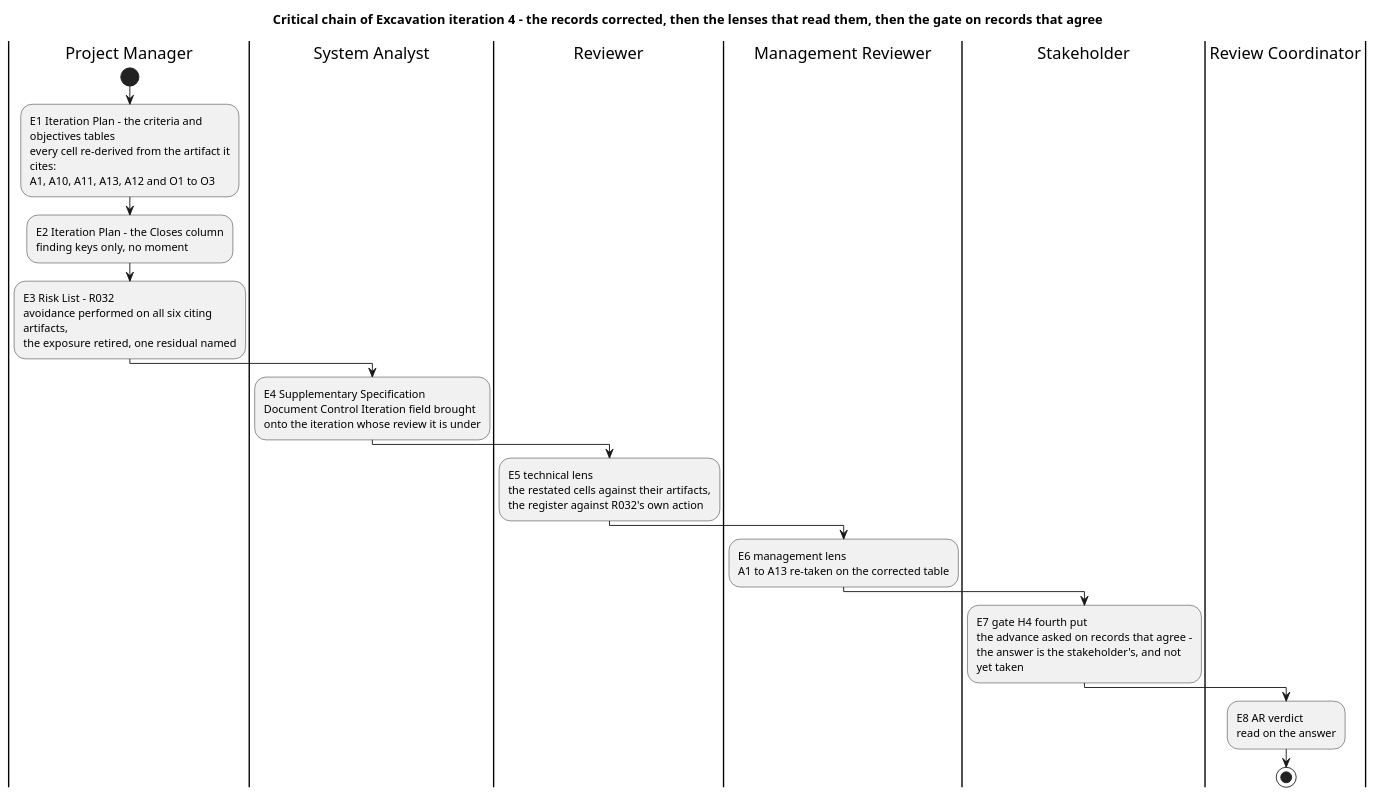
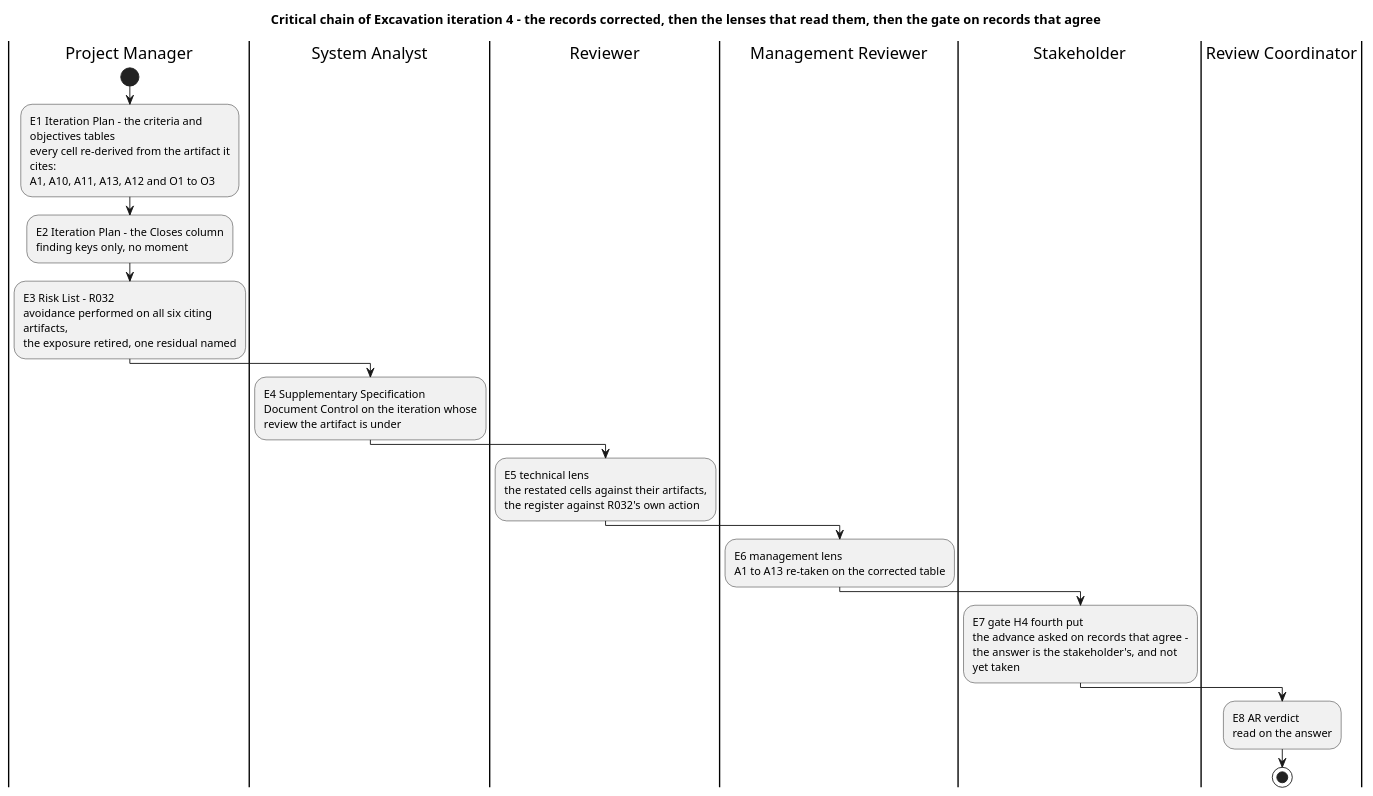
One commit to banense-test/TodoApp changed the third of 6 diagrams in docs/artifacts/project-management/iteration-plan.md. Above: the diagram before and after it, drawn with PlantUML. The commit also changed other lines of this file, not shown here.

First line of the commit message:
Project Manager [Excavation4]: upsert Iteration Plan

````diff
--- a/docs/artifacts/project-management/iteration-plan.md
+++ b/docs/artifacts/project-management/iteration-plan.md
@@ -154,39 +154,39 @@
 ```plantuml
 @startuml
 title Critical chain of Excavation iteration 4 - the records corrected, then the lenses that read them, then the gate on records that agree
 skinparam shadowing false
 skinparam wrapWidth 245
 
 |Project Manager|
 start
 :E1 Iteration Plan - the criteria and objectives tables
 every cell re-derived from the artifact it cites:
 A1, A10, A11, A13, A12 and O1 to O3;
 :E2 Iteration Plan - the Closes column
 finding keys only, no moment;
 :E3 Risk List - R032
 avoidance performed on all six citing artifacts,
 the exposure retired, one residual named;
 
 |System Analyst|
 :E4 Supplementary Specification
-Document Control Iteration field brought
-onto the iteration whose review it is under;
+Document Control on the iteration whose
+review the artifact is under;
 
 |Reviewer|
 :E5 technical lens
 the restated cells against their artifacts,
 the register against R032's own action;
 |Management Reviewer|
 :E6 management lens
 A1 to A13 re-taken on the corrected table;
 |Stakeholder|
 :E7 gate H4 fourth put
 the advance asked on records that agree -
 the answer is the stakeholder's, and not yet taken;
 |Review Coordinator|
 :E8 AR verdict
 read on the answer;
 stop
 @enduml
 ```
````
